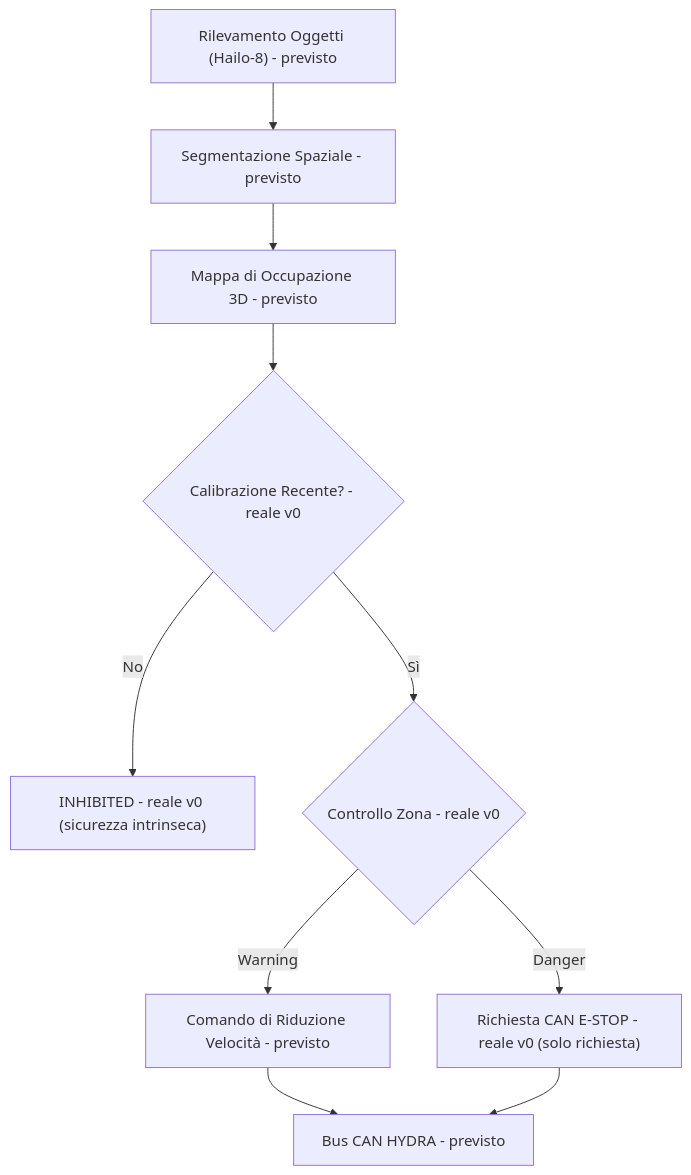
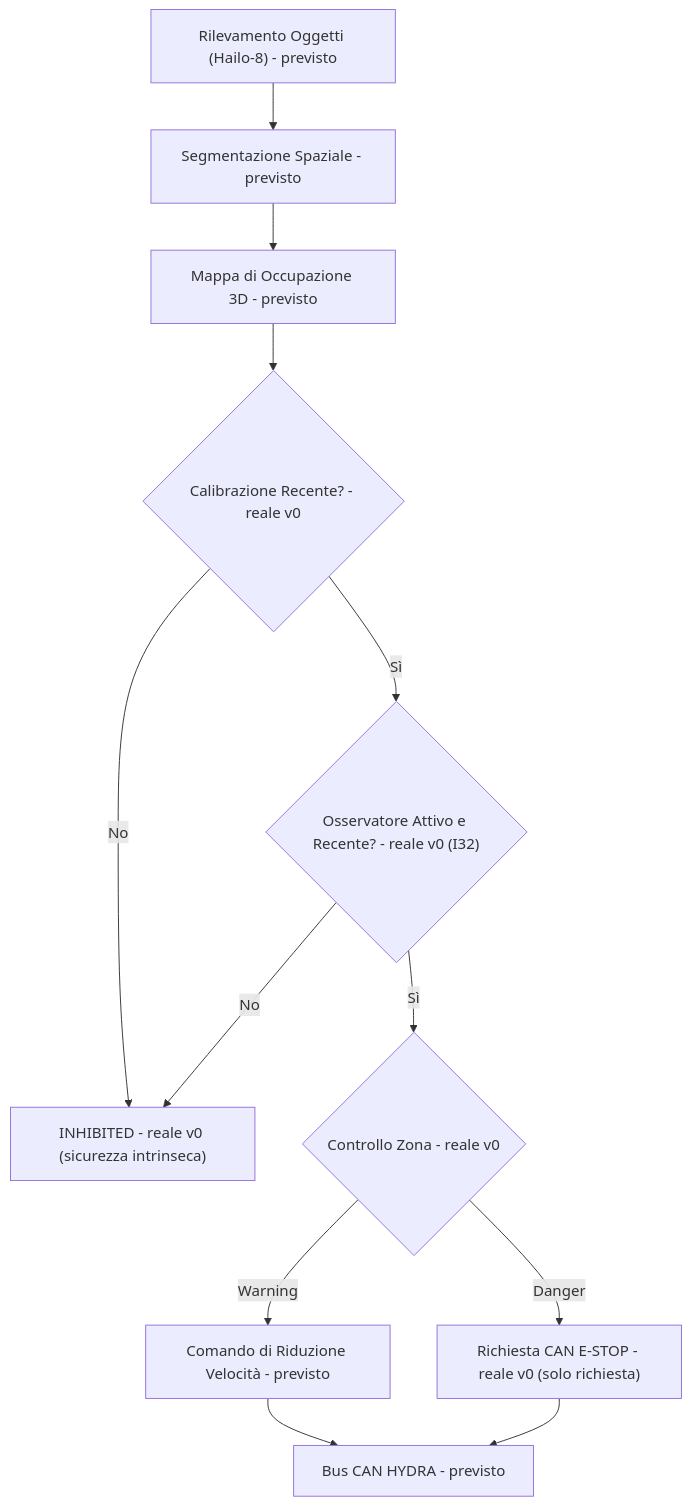
One commit to JuanenRac/HYDRA-UMC-SAFETY-ZONES changed the diagram in README_ita.md. Above: the diagram before and after it, drawn with Mermaid. The commit also changed other lines of this file and 19 other files, not shown here.

````diff
--- a/README_ita.md
+++ b/README_ita.md
@@ -48,12 +49,14 @@
 ```mermaid
 flowchart TB
     DET["Rilevamento Oggetti (Hailo-8) - previsto"] --> SEG["Segmentazione Spaziale - previsto"]
     SEG --> MAP["Mappa di Occupazione 3D - previsto"]
     MAP --> CAL{"Calibrazione Recente? - reale v0"}
     CAL -- No --> INHIBIT["INHIBITED - reale v0 (sicurezza intrinseca)"]
-    CAL -- Sì --> ZONE{"Controllo Zona - reale v0"}
+    CAL -- Sì --> OBS{"Osservatore Attivo e Recente? - reale v0 (I32)"}
+    OBS -- No --> INHIBIT
+    OBS -- Sì --> ZONE{"Controllo Zona - reale v0"}
     ZONE -- Warning --> SLOW["Comando di Riduzione Velocità - previsto"]
     ZONE -- Danger --> STOP["Richiesta CAN E-STOP - reale v0 (solo richiesta)"]
     SLOW --> CAN["Bus CAN HYDRA - previsto"]
     STOP --> CAN
 ```
````
